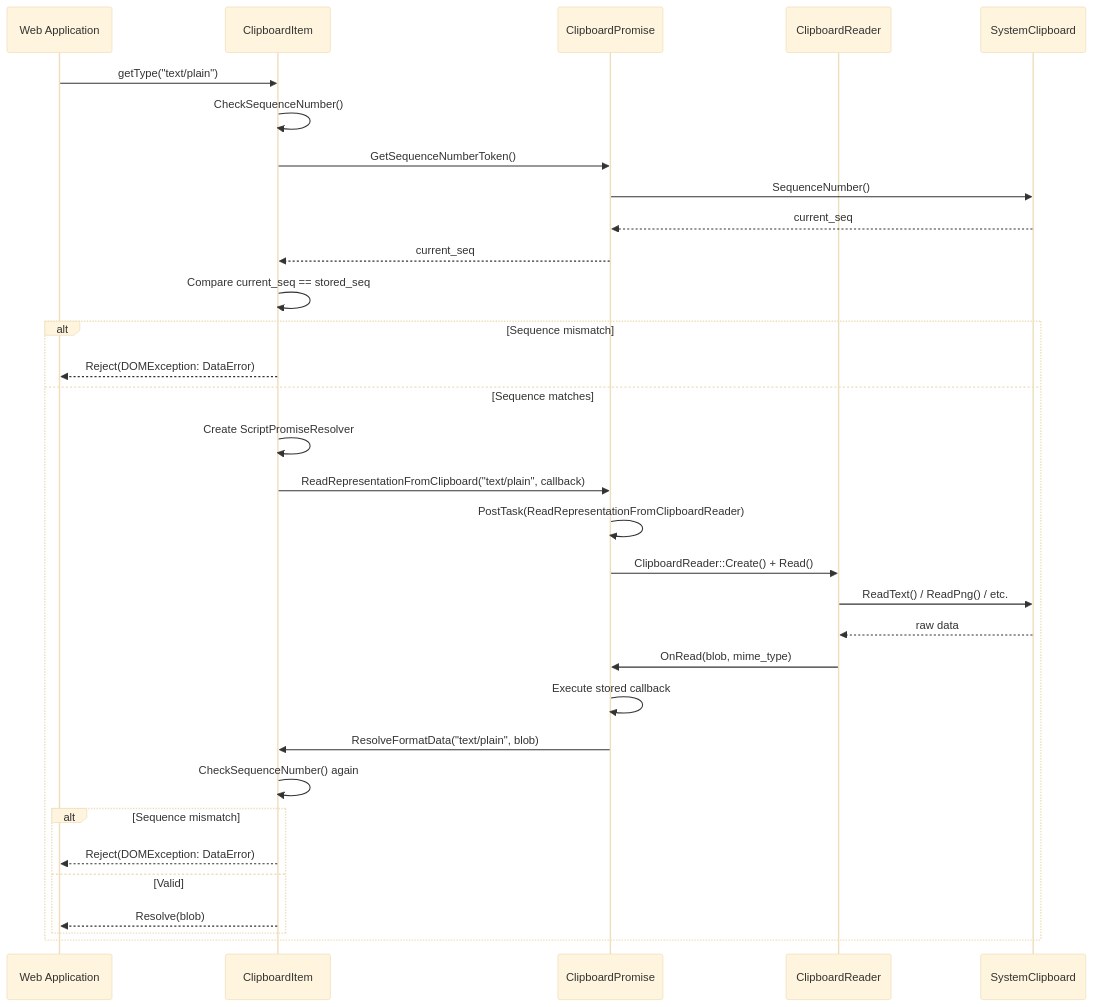
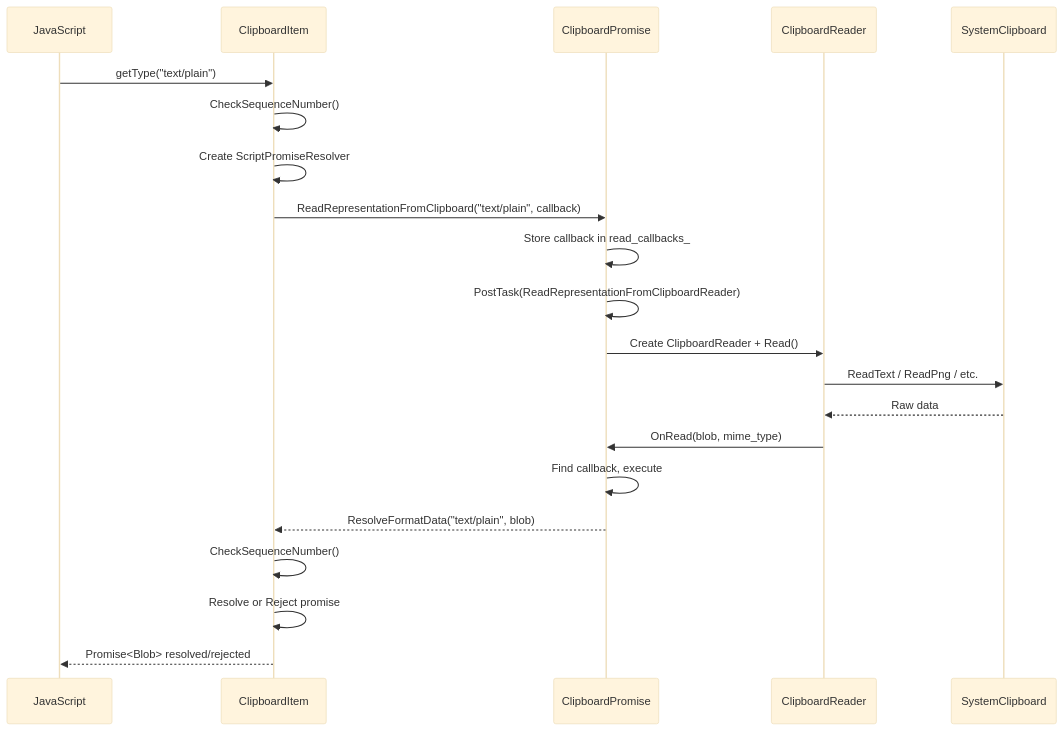
One commit to roraja/cr-llm-docs changed the first of 4 diagrams in fixes/cl-6978530-20260221/lld.md. Above: the diagram before and after it, drawn with Mermaid (base theme). The commit also changed other lines of this file, not shown here.

````diff
--- a/fixes/cl-6978530-20260221/lld.md
+++ b/fixes/cl-6978530-20260221/lld.md
@@ -113,35 +84,24 @@
 ```mermaid
 sequenceDiagram
-    participant WebApp as Web Application
+    participant JS as JavaScript
     participant CI as ClipboardItem
     participant CP as ClipboardPromise
     participant CR as ClipboardReader
     participant SC as SystemClipboard
 
-    WebApp->>CI: getType("text/plain")
+    JS->>CI: getType("text/plain")
     CI->>CI: CheckSequenceNumber()
-    CI->>CP: GetSequenceNumberToken()
-    CP->>SC: SequenceNumber()
-    SC-->>CP: current_seq
-    CP-->>CI: current_seq
-    CI->>CI: Compare current_seq == stored_seq
-    alt Sequence mismatch
-        CI-->>WebApp: Reject(DOMException: DataError)
-    else Sequence matches
-        CI->>CI: Create ScriptPromiseResolver
-        CI->>CP: ReadRepresentationFromClipboard("text/plain", callback)
-        CP->>CP: PostTask(ReadRepresentationFromClipboardReader)
-        CP->>CR: ClipboardReader::Create() + Read()
-        CR->>SC: ReadText() / ReadPng() / etc.
-        SC-->>CR: raw data
-        CR->>CP: OnRead(blob, mime_type)
-        CP->>CP: Execute stored callback
-        CP->>CI: ResolveFormatData("text/plain", blob)
-        CI->>CI: CheckSequenceNumber() again
-        alt Sequence mismatch
-            CI-->>WebApp: Reject(DOMException: DataError)
-        else Valid
-            CI-->>WebApp: Resolve(blob)
-        end
-    end
+    CI->>CI: Create ScriptPromiseResolver
+    CI->>CP: ReadRepresentationFromClipboard("text/plain", callback)
+    CP->>CP: Store callback in read_callbacks_
+    CP->>CP: PostTask(ReadRepresentationFromClipboardReader)
+    CP->>CR: Create ClipboardReader + Read()
+    CR->>SC: ReadText / ReadPng / etc.
+    SC-->>CR: Raw data
+    CR->>CP: OnRead(blob, mime_type)
+    CP->>CP: Find callback, execute
+    CP-->>CI: ResolveFormatData("text/plain", blob)
+    CI->>CI: CheckSequenceNumber()
+    CI->>CI: Resolve or Reject promise
+    CI-->>JS: Promise<Blob> resolved/rejected
 ```
````
